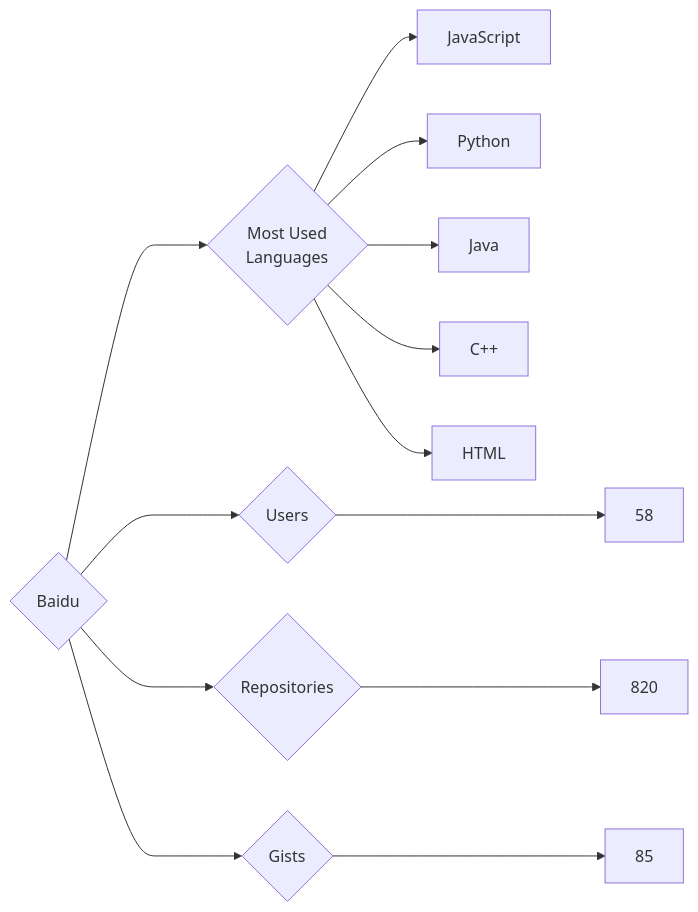
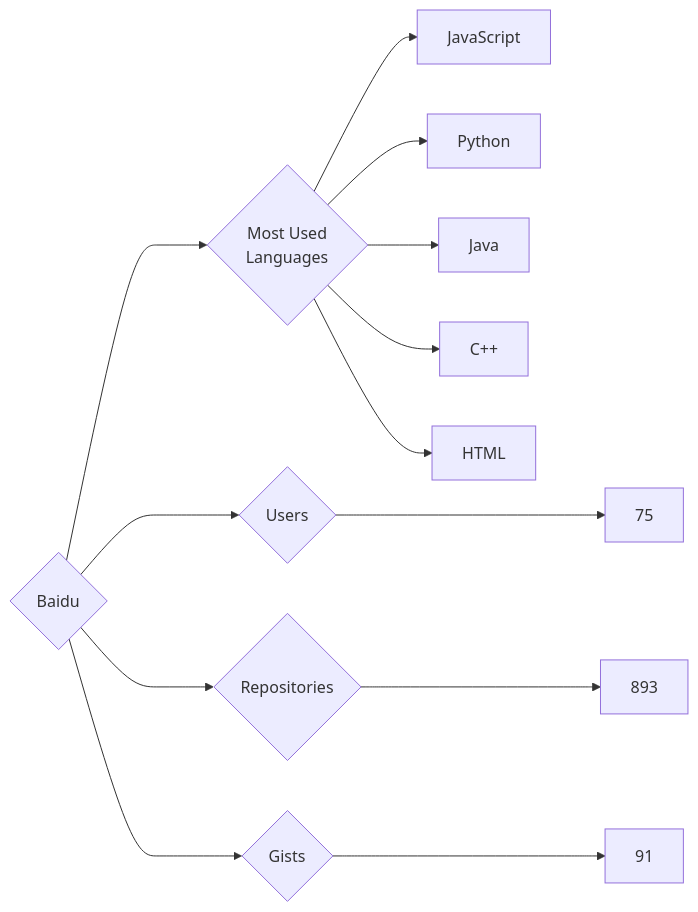
One commit to trickest/insiders changed the diagram in targets/Baidu/README.md. Above: the diagram before and after it, drawn with Mermaid. The commit also changed 1314 other files, not shown here.

````diff
--- a/targets/Baidu/README.md
+++ b/targets/Baidu/README.md
@@ -3,13 +3,13 @@
 ```mermaid
 graph LR
 COMPANY_NAME{Baidu}
-COMPANY_NAME ---> U{Users} ---> UN[58]
-COMPANY_NAME ---> R{Repositories} ---> RN[820]
-COMPANY_NAME ---> G{Gists} ---> GN[85]
+COMPANY_NAME ---> U{Users} ---> UN[75]
+COMPANY_NAME ---> R{Repositories} ---> RN[893]
+COMPANY_NAME ---> G{Gists} ---> GN[91]
 COMPANY_NAME ---> ML{Most Used<br>Languages}
 ML --> JavaScript[JavaScript]
 ML --> Python[Python]
 ML --> Java[Java]
 ML --> C++[C++]
 ML --> HTML[HTML]
 ```
````
